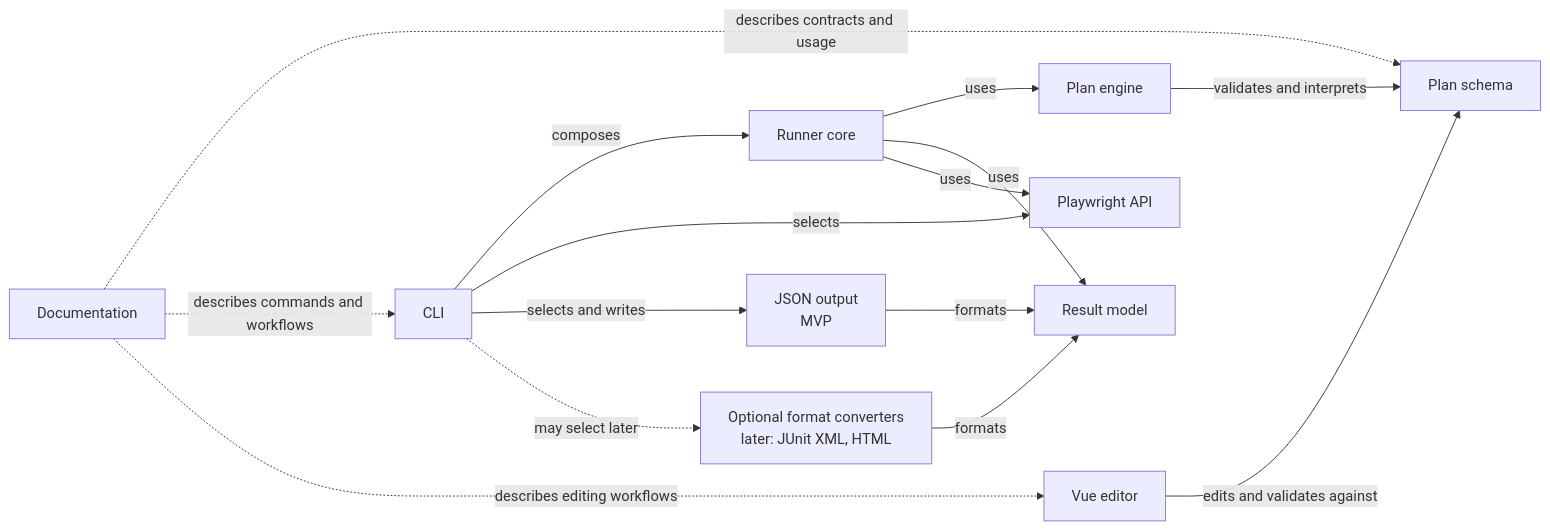
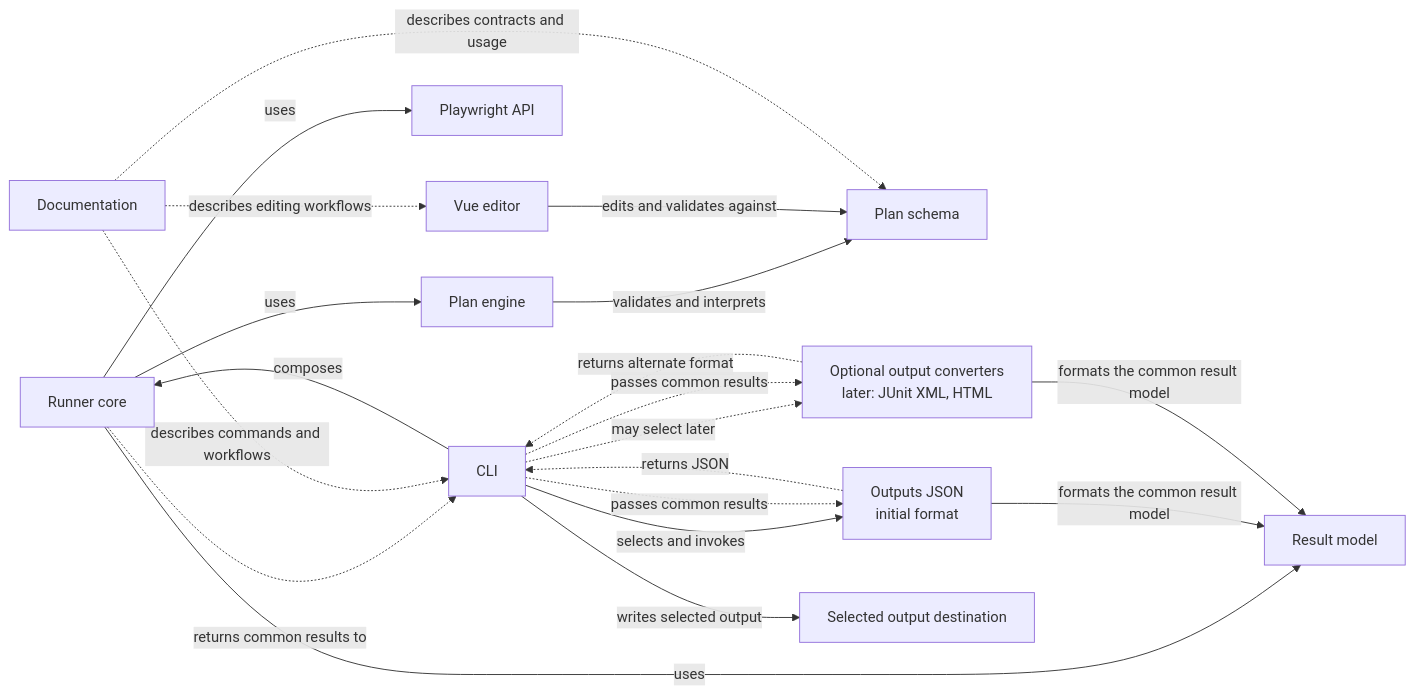
Before and after one commit to Scott-D-Hodgson/stagehand: the diagram in Planning/Diagrams/M1-component-dependency-graph.md, drawn with Mermaid. The commit also changed other lines of this file and 18 other files, not shown here.

Commit message:
Update planning around JSON inputs/outputs

````diff
--- a/Planning/Diagrams/M1-component-dependency-graph.md
+++ b/Planning/Diagrams/M1-component-dependency-graph.md
@@ -5,29 +5,35 @@
 ```mermaid
 flowchart LR
     Schema[Plan schema]
     Engine[Plan engine]
     Core[Runner core]
     Playwright[Playwright API]
     CLI[CLI]
     Editor[Vue editor]
     Results[Result model]
-    JsonOutput[JSON output<br/>MVP]
-    Converters[Optional format converters<br/>later: JUnit XML, HTML]
+    JsonOutput[Outputs JSON<br/>initial format]
+    Converters[Optional output converters<br/>later: JUnit XML, HTML]
+    Output[Selected output destination]
     Docs[Documentation]
 
     Engine -->|validates and interprets| Schema
     Core -->|uses| Engine
     Core -->|uses| Results
     Core -->|uses| Playwright
     CLI -->|composes| Core
-    CLI -->|selects| Playwright
-    CLI -->|selects and writes| JsonOutput
-    JsonOutput -->|formats| Results
+    Core -. returns common results to .-> CLI
+    CLI -->|selects and invokes| JsonOutput
+    CLI -. passes common results .-> JsonOutput
+    JsonOutput -->|formats the common result model| Results
+    JsonOutput -. returns JSON .-> CLI
+    CLI -->|writes selected output| Output
     CLI -. may select later .-> Converters
-    Converters -->|formats| Results
+    CLI -. passes common results .-> Converters
+    Converters -->|formats the common result model| Results
+    Converters -. returns alternate format .-> CLI
     Editor -->|edits and validates against| Schema
 
     Docs -. describes contracts and usage .-> Schema
     Docs -. describes commands and workflows .-> CLI
     Docs -. describes editing workflows .-> Editor
 ```
````
